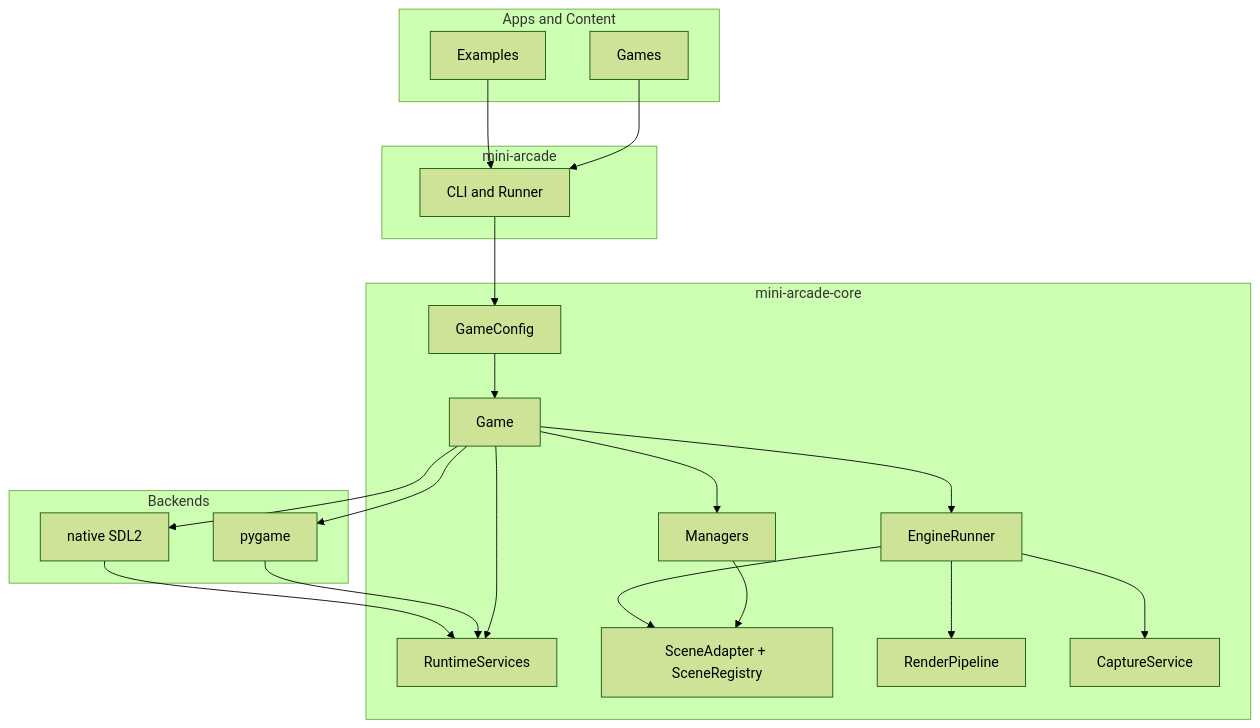
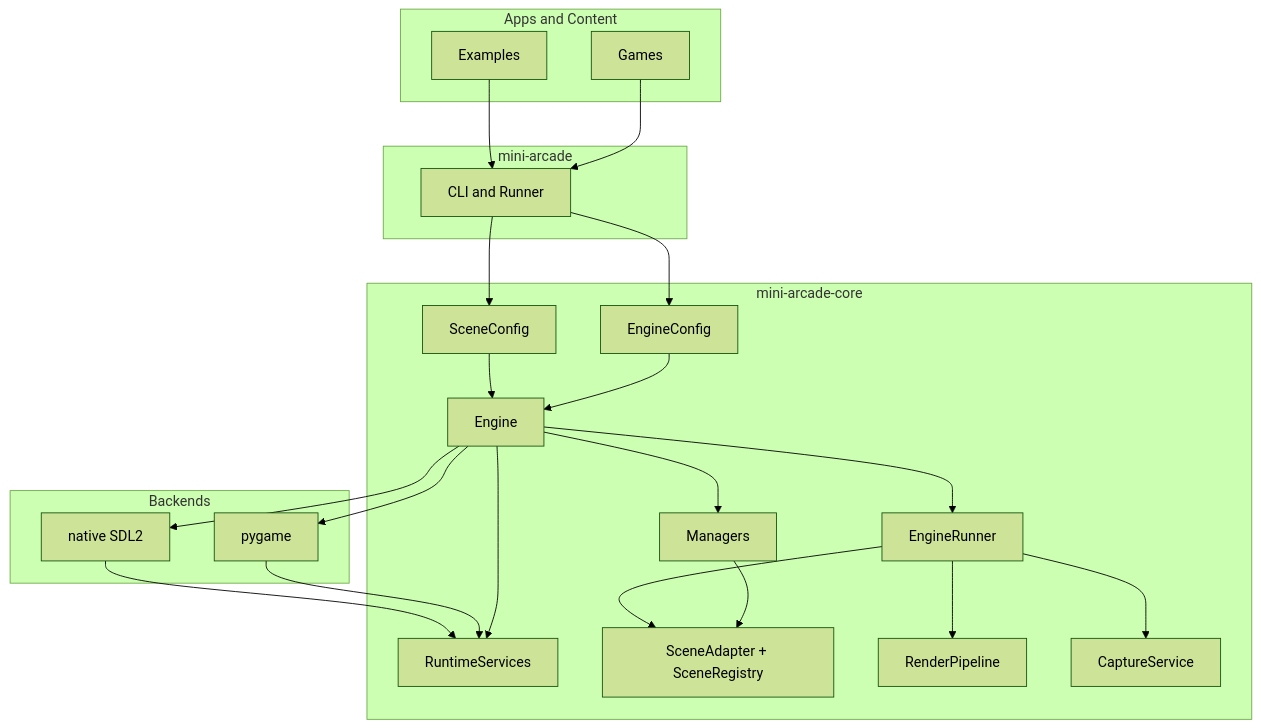
One commit to trivox-io/mini-arcade changed the first of 2 diagrams in docs/source/concepts/architecture.md. Above: the diagram before and after it, drawn with Mermaid (forest theme). The commit also changed other lines of this file and 15 other files, not shown here.

````diff
--- a/docs/source/concepts/architecture.md
+++ b/docs/source/concepts/architecture.md
@@ -30,44 +31,47 @@
 ```{mermaid}
 flowchart TD
   subgraph Content[Apps and Content]
     G[Games]
     E[Examples]
   end
 
   subgraph Product[mini-arcade]
     CLI[CLI and Runner]
   end
 
   subgraph Core[mini-arcade-core]
-    CFG[GameConfig]
-    GAME[Game]
+    ECFG[EngineConfig]
+    SCFG[SceneConfig]
+    GAME[Engine]
     MGR[Managers]
     SVC[RuntimeServices]
     LOOP[EngineRunner]
     SCN[SceneAdapter + SceneRegistry]
     RP[RenderPipeline]
     CAP[CaptureService]
   end
 
   subgraph Backends[Backends]
     PYG[pygame]
     NAT[native SDL2]
   end
 
   G --> CLI
   E --> CLI
-  CLI --> CFG
-  CFG --> GAME
+  CLI --> ECFG
+  CLI --> SCFG
+  ECFG --> GAME
+  SCFG --> GAME
   GAME --> MGR
   GAME --> SVC
   GAME --> LOOP
   MGR --> SCN
   LOOP --> SCN
   LOOP --> RP
   LOOP --> CAP
 
   GAME --> PYG
   GAME --> NAT
   PYG --> SVC
   NAT --> SVC
 ```
````
